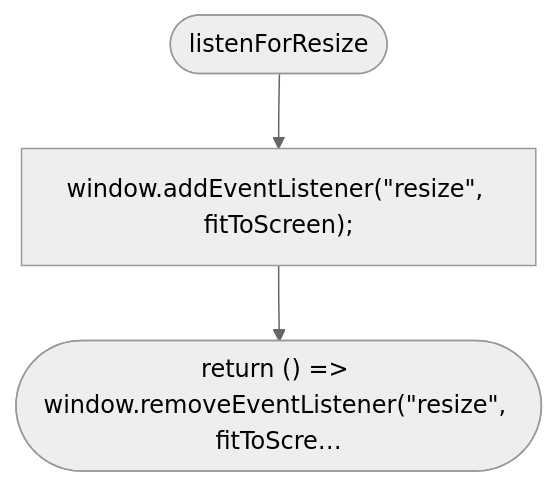
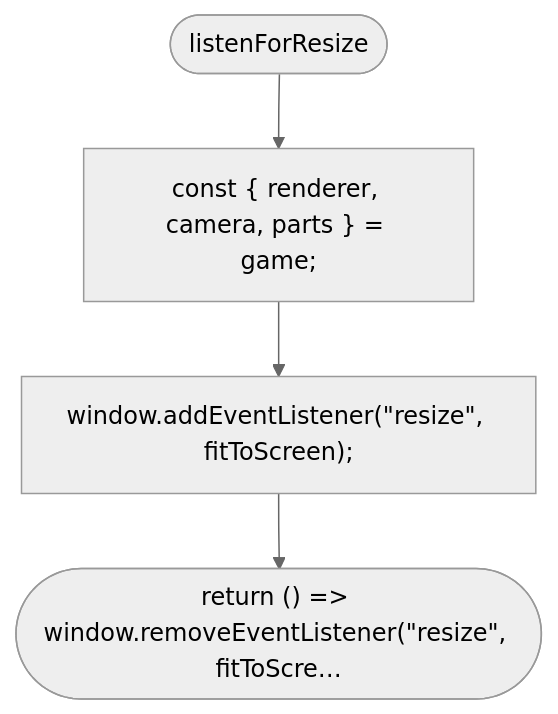
The fifth of 6 diagrams in docs/flows/src/game/main.md (NewDara-Star/world-engine), drawn with Mermaid (neutral theme) before and after one commit. The commit also changed other lines of this file and 58 other files, not shown here.

````diff
--- a/docs/flows/src/game/main.md
+++ b/docs/flows/src/game/main.md
@@ -127,8 +144,10 @@
 ```mermaid
 flowchart TD
   n1(["listenForResize"])
-  n2["window.addEventListener(#quot;resize#quot;, fitToScreen);"]
-  n3(["return () =#gt; window.removeEventListener(#quot;resize#quot;, fitToScre…"])
+  n2["const { renderer, camera, parts } = game;"]
+  n3["window.addEventListener(#quot;resize#quot;, fitToScreen);"]
+  n4(["return () =#gt; window.removeEventListener(#quot;resize#quot;, fitToScre…"])
   n1 --> n2
   n2 --> n3
+  n3 --> n4
 ```
````
